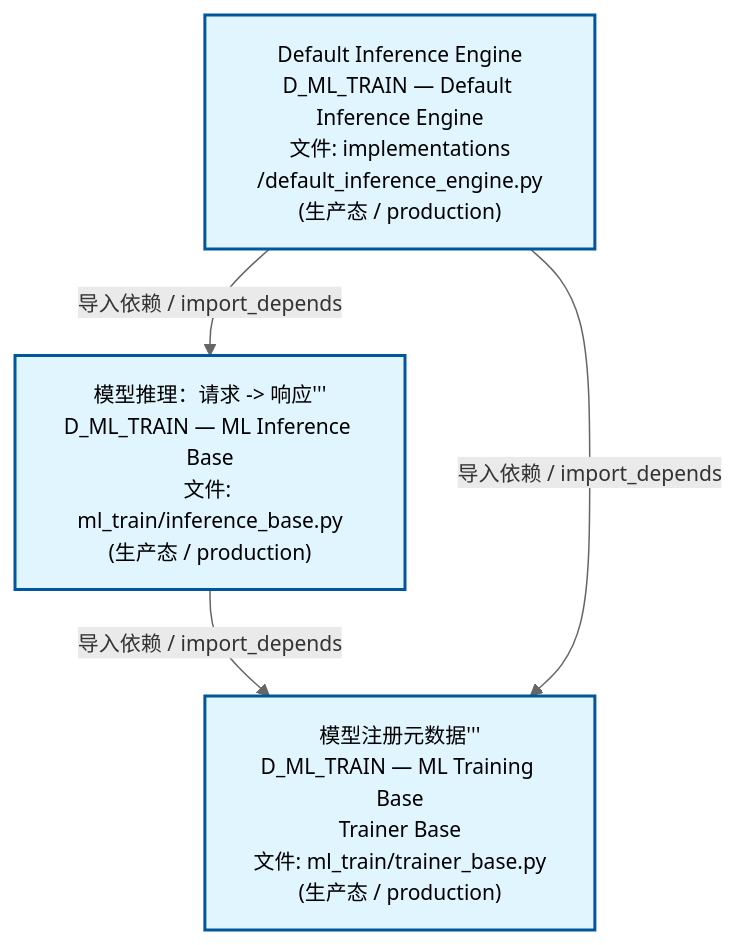
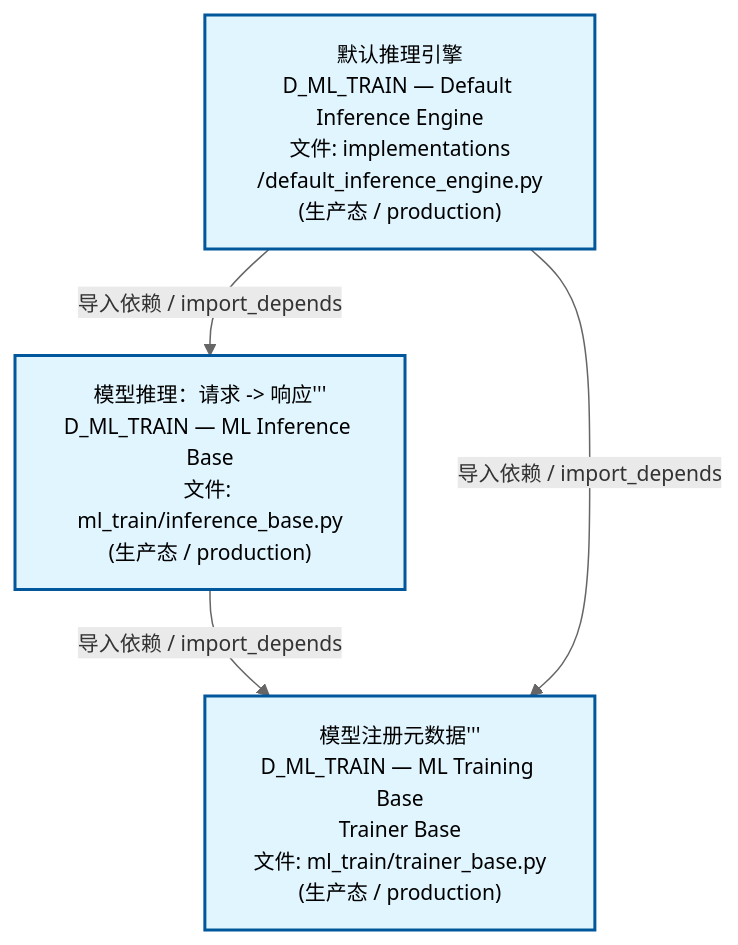
One commit to xuanFelixVan/ZephyrAlpha changed the second of 4 diagrams in docs/02_enterprise_architecture/02_domain_architecture_docs/61_d_ml_train.md. Above: the diagram before and after it, drawn with Mermaid. The commit also changed other lines of this file and 56 other files, not shown here.

````diff
--- a/docs/02_enterprise_architecture/02_domain_architecture_docs/61_d_ml_train.md
+++ b/docs/02_enterprise_architecture/02_domain_architecture_docs/61_d_ml_train.md
@@ -107,15 +107,15 @@
 ```mermaid
 %%{init: {'theme': 'base', 'themeVariables': {'primaryColor': '#eaeaea', 'primaryTextColor': '#333333', 'primaryBorderColor': '#666666', 'lineColor': '#666666', 'secondaryColor': '#eaeaea', 'tertiaryColor': '#eaeaea', 'fontSize': '14px'}}}%%
 flowchart TD
-    src_zephyr_ml_train_implementations_default_inference_engine_py["Default Inference Engine<br/>D_ML_TRAIN — Default Inference Engine<br/>文件: implementations<br/>/default_inference_engine.py<br/>(生产态 / production)"]
+    src_zephyr_ml_train_implementations_default_inference_engine_py["默认推理引擎<br/>D_ML_TRAIN — Default Inference Engine<br/>文件: implementations<br/>/default_inference_engine.py<br/>(生产态 / production)"]
     src_zephyr_ml_train_inference_base_py["模型推理：请求 -> 响应'''<br/>D_ML_TRAIN — ML Inference Base<br/>文件: ml_train/inference_base.py<br/>(生产态 / production)"]
     src_zephyr_ml_train_trainer_base_py["模型注册元数据'''<br/>D_ML_TRAIN — ML Training Base<br/>Trainer Base<br/>文件: ml_train/trainer_base.py<br/>(生产态 / production)"]
     src_zephyr_ml_train_inference_base_py -->|导入依赖 / import_depends| src_zephyr_ml_train_trainer_base_py
+    src_zephyr_ml_train_implementations_default_inference_engine_py -->|导入依赖 / import_depends| src_zephyr_ml_train_inference_base_py
     src_zephyr_ml_train_implementations_default_inference_engine_py -->|导入依赖 / import_depends| src_zephyr_ml_train_trainer_base_py
-    src_zephyr_ml_train_implementations_default_inference_engine_py -->|导入依赖 / import_depends| src_zephyr_ml_train_inference_base_py
     classDef production fill:#e1f5fe,stroke:#01579b,stroke-width:2px,color:#000
     classDef design fill:#fff3e0,stroke:#e65100,stroke-width:2px,color:#000,stroke-dasharray: 5 5
     classDef external_prod fill:#e8f4fd,stroke:#0277bd,stroke-width:1px,color:#000
     classDef external_design fill:#fff8e7,stroke:#ef6c00,stroke-width:1px,color:#000,stroke-dasharray: 5 5
     class src_zephyr_ml_train_implementations_default_inference_engine_py,src_zephyr_ml_train_inference_base_py,src_zephyr_ml_train_trainer_base_py production
 ```
````
